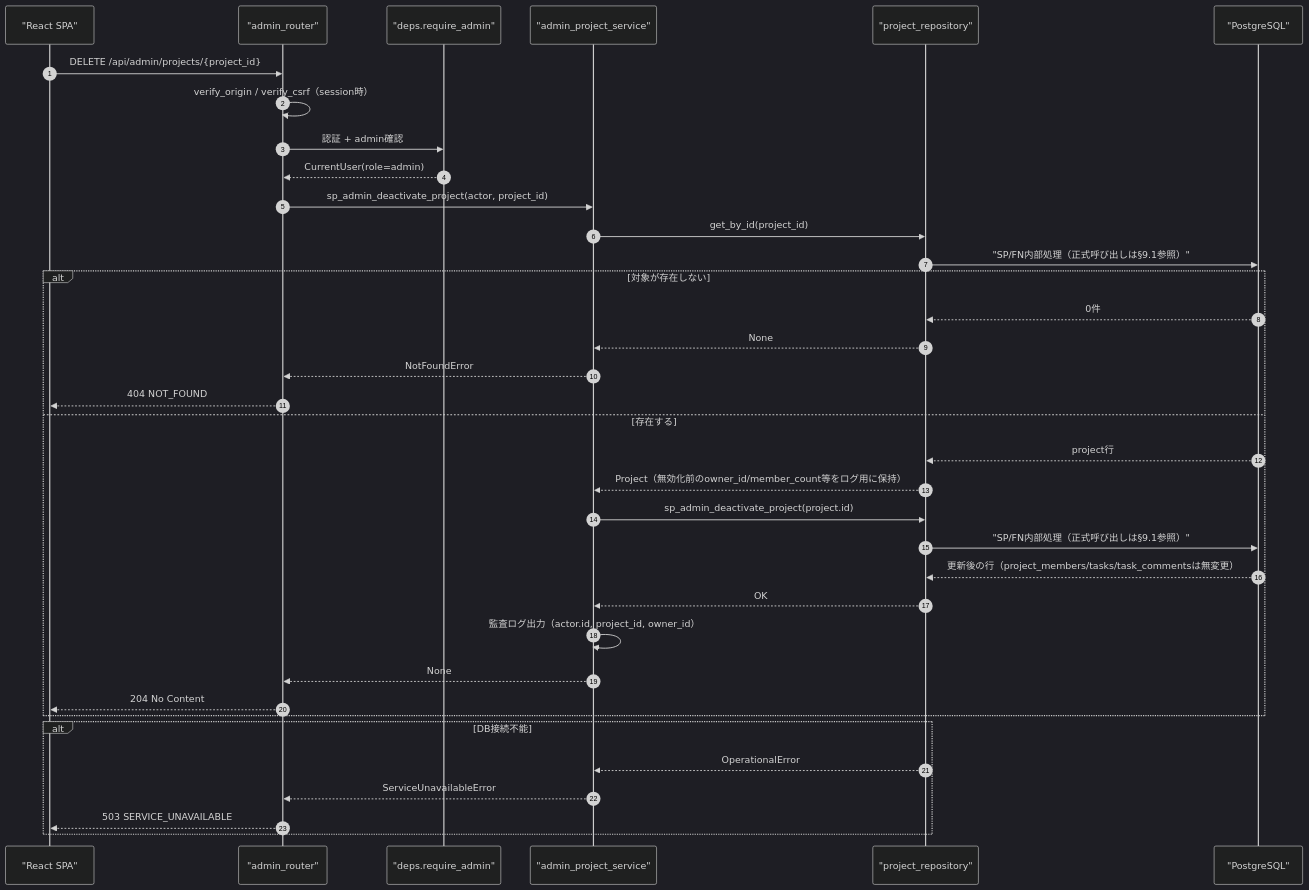
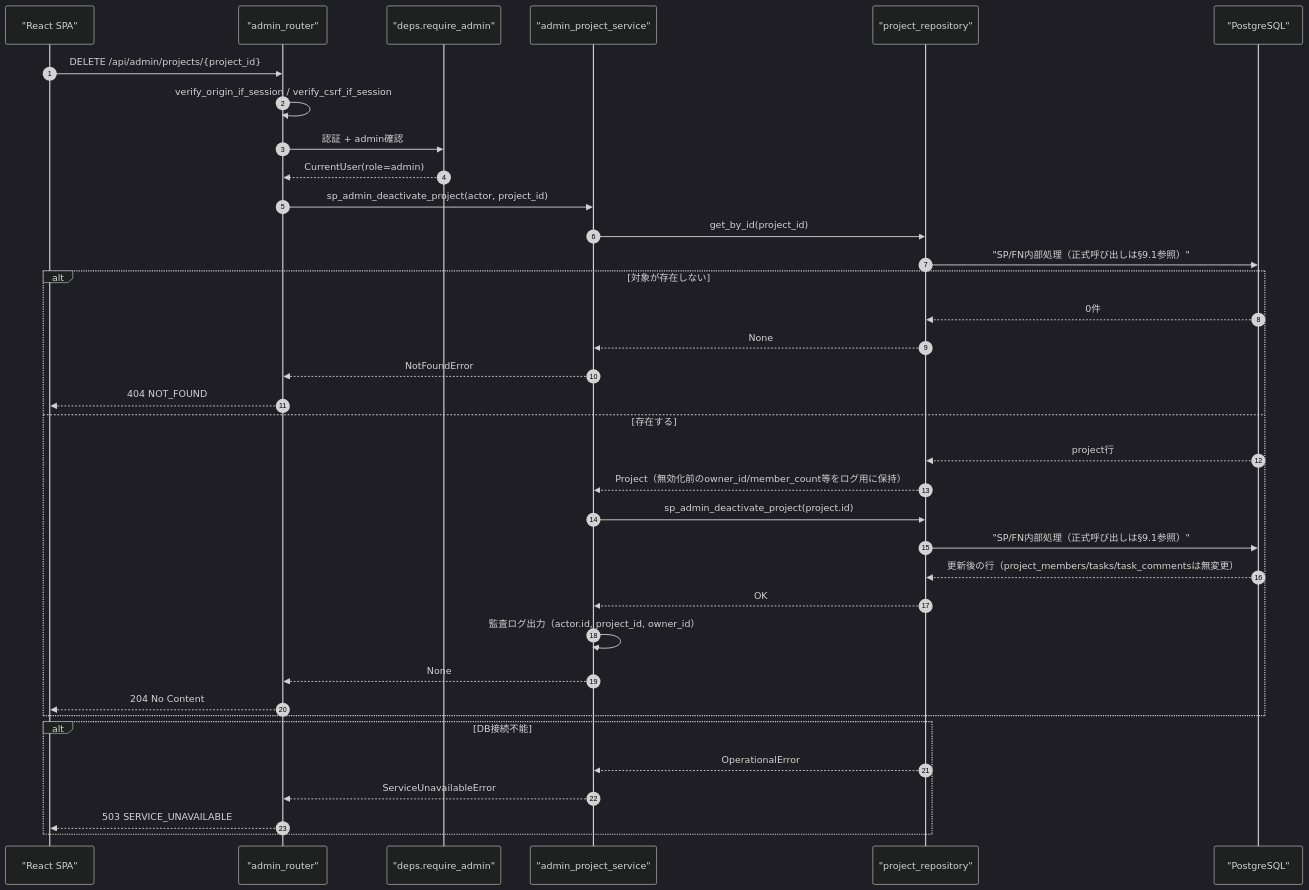
The first of 4 diagrams in docs/detailed_design/api/admin/06_delete_admin_project.md (oikawa-d/task_management), drawn with Mermaid (dark theme) before and after one commit. The commit also changed other lines of this file and 31 other files, not shown here.

````diff
--- a/docs/detailed_design/api/admin/06_delete_admin_project.md
+++ b/docs/detailed_design/api/admin/06_delete_admin_project.md
@@ -77,39 +77,39 @@
 ```mermaid
 sequenceDiagram
     autonumber
     participant FE as "React SPA"
     participant R as "admin_router"
     participant D as "deps.require_admin"
     participant S as "admin_project_service"
     participant RP as "project_repository"
     participant PG as "PostgreSQL"
 
     FE->>R: DELETE /api/admin/projects/{project_id}
-    R->>R: verify_origin / verify_csrf（session時）
+    R->>R: verify_origin_if_session / verify_csrf_if_session
     R->>D: 認証 + admin確認
     D-->>R: CurrentUser(role=admin)
     R->>S: sp_admin_deactivate_project(actor, project_id)
     S->>RP: get_by_id(project_id)
     RP->>PG: "SP/FN内部処理（正式呼び出しは§9.1参照）"
     alt 対象が存在しない
         PG-->>RP: 0件
         RP-->>S: None
         S-->>R: NotFoundError
         R-->>FE: 404 NOT_FOUND
     else 存在する
         PG-->>RP: project行
         RP-->>S: Project（無効化前のowner_id/member_count等をログ用に保持）
         S->>RP: sp_admin_deactivate_project(project.id)
         RP->>PG: "SP/FN内部処理（正式呼び出しは§9.1参照）"
         PG-->>RP: 更新後の行（project_members/tasks/task_commentsは無変更）
         RP-->>S: OK
         S->>S: 監査ログ出力（actor.id, project_id, owner_id）
         S-->>R: None
         R-->>FE: 204 No Content
     end
     alt DB接続不能
         RP-->>S: OperationalError
         S-->>R: ServiceUnavailableError
         R-->>FE: 503 SERVICE_UNAVAILABLE
     end
 ```
````
